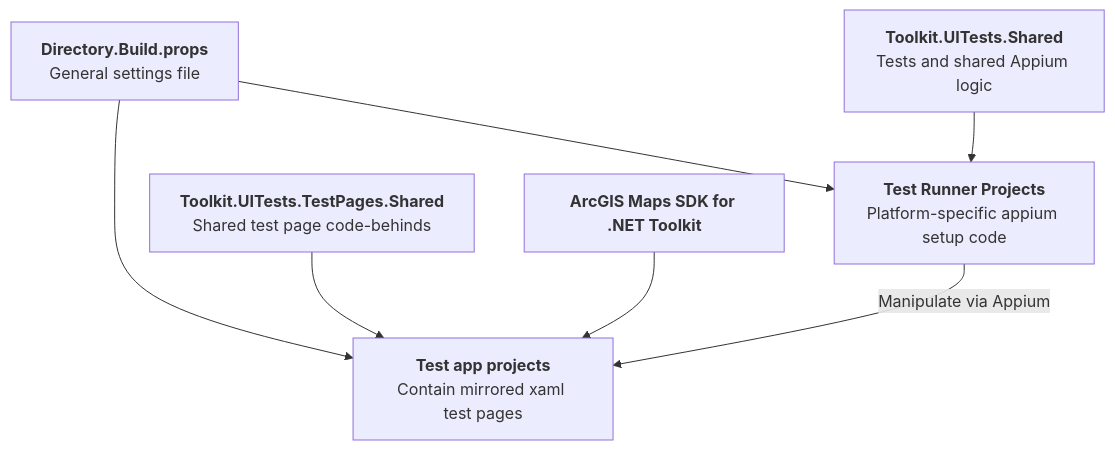
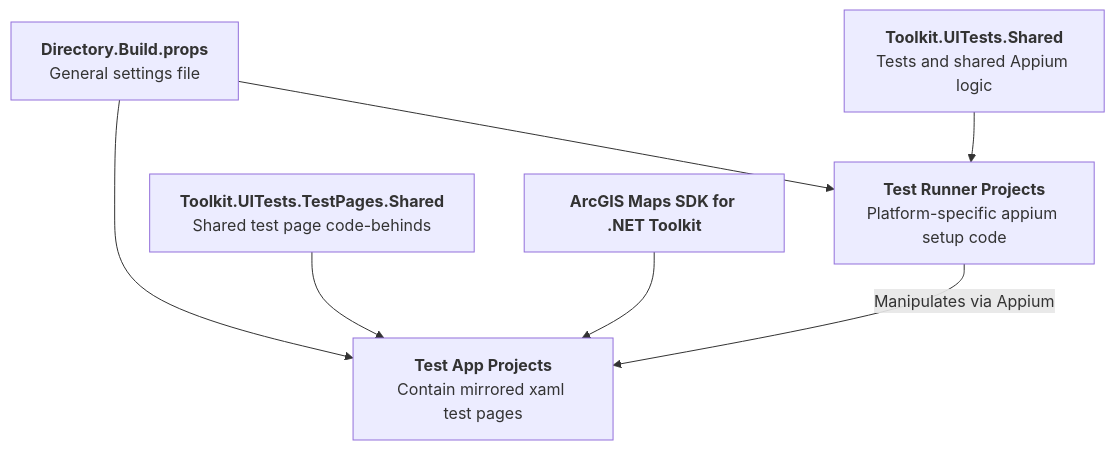
One commit to Esri/arcgis-maps-sdk-dotnet-toolkit changed the second of 2 diagrams in src/Tests/UITests/README.md. Above: the diagram before and after it, drawn with Mermaid. The commit also changed other lines of this file, not shown here.

````diff
--- a/src/Tests/UITests/README.md
+++ b/src/Tests/UITests/README.md
@@ -42,21 +42,21 @@
 ```mermaid
 flowchart TD
     Props["<b>Directory.Build.props</b><br>General settings file"]
 
 
     SharedTests["<b>Toolkit.UITests.Shared</b><br/>Tests and shared Appium logic"]
     Runners["<b>Test Runner Projects</b><br/>Platform-specific appium setup code"]
     
     Toolkits["<b>ArcGIS Maps SDK for .NET Toolkit</b>"]
     SharedPages["<b>Toolkit.UITests.TestPages.Shared</b><br/>Shared test page code-behinds"]
-    Apps["<b>Test app projects</b><br>Contain mirrored xaml test pages"]
+    Apps["<b>Test App Projects</b><br>Contain mirrored xaml test pages"]
 
     Props --> Runners
     Props --> Apps
 
     SharedTests --> Runners
     SharedPages --> Apps
 
     Toolkits --> Apps
-    Runners -->|"Manipulate via Appium"| Apps
+    Runners -->|"Manipulates via Appium"| Apps
 ```
````
